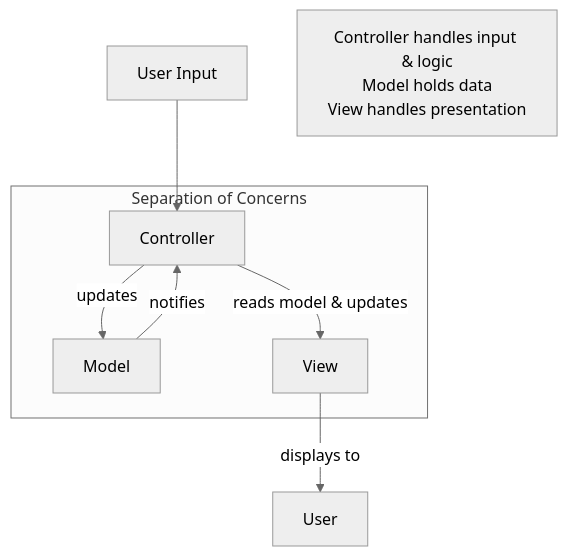
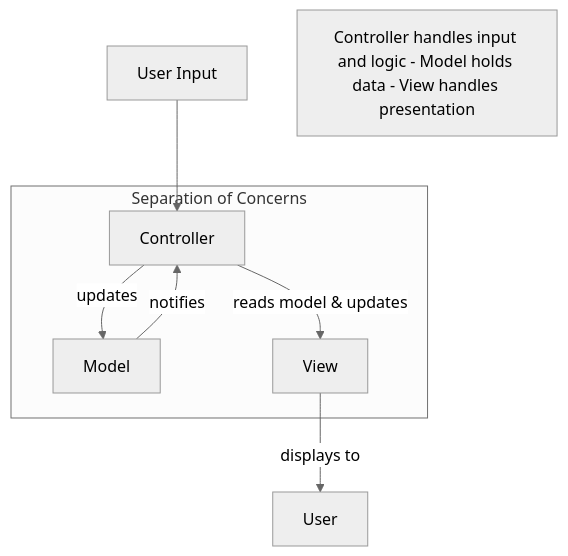
Before and after one commit to jattu8602/DeepSkilling: diagram 36 of 40 in Engineering concepts/learning/engineering-concepts-summary.md, drawn with Mermaid (neutral theme). The commit also changed other lines of this file, not shown here.

````diff
--- a/Engineering concepts/learning/engineering-concepts-summary.md
+++ b/Engineering concepts/learning/engineering-concepts-summary.md
@@ -671,16 +689,16 @@
 ```mermaid
 flowchart TD
     U[User Input] --> C[Controller]
     C -->|updates| M[Model]
     M -->|notifies| C
     C -->|reads model & updates| V[View]
     V -->|displays to| User
     
     subgraph Separation of Concerns
         M
         V
         C
     end
     
-    note["Controller handles input & logic<br/>Model holds data<br/>View handles presentation"]
+    note["Controller handles input and logic - Model holds data - View handles presentation"]
 ```
````
